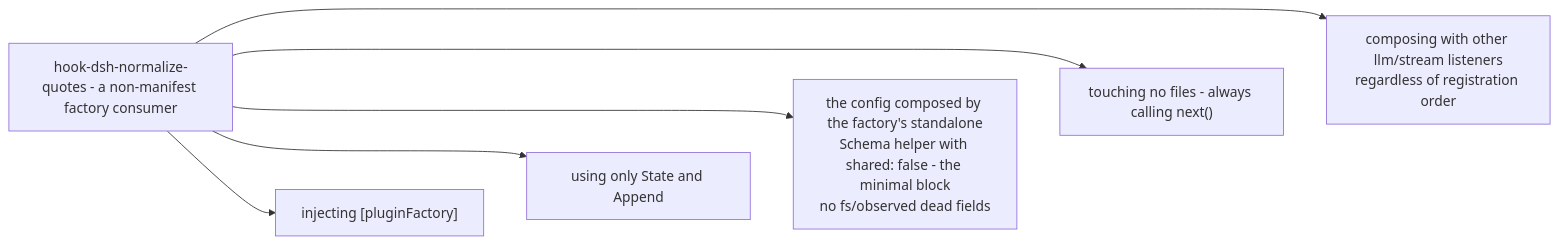
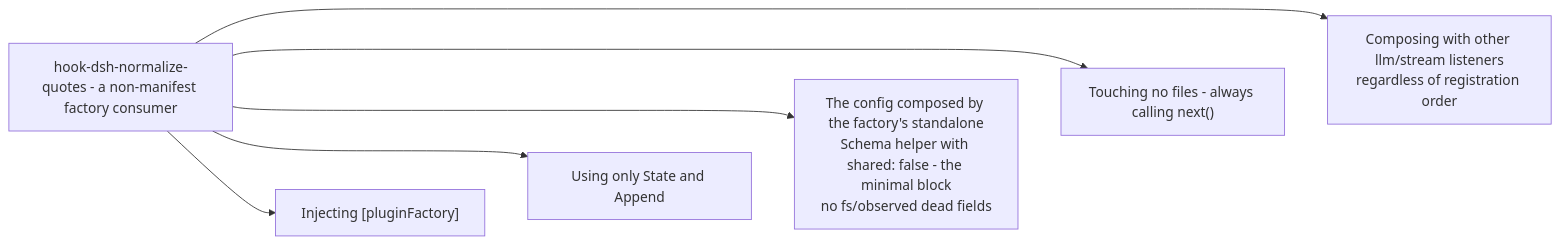
The diagram in Source/Content/Mermaid/quotes-non-manifest.mmd (PlayForm/Site-DeepSeek), drawn with Mermaid before and after one commit. The commit also changed 174 other files, not shown here.

```diff
--- a/Source/Content/Mermaid/quotes-non-manifest.mmd
+++ b/Source/Content/Mermaid/quotes-non-manifest.mmd
@@ -1,17 +1,17 @@
 flowchart LR
 	FLAVOR["hook-dsh-normalize-quotes - a non-manifest factory consumer"]
-	INJ["injecting [pluginFactory]"]
-	USE["using only State and Append"]
-	CONFIG["the config composed by the factory's standalone<br/>Schema helper with shared: false - the minimal block<br/>no fs/observed dead fields"]
-	NO["touching no files - always calling next()"]
-	COMP["composing with other llm/stream listeners<br/>regardless of registration order"]
+	INJ["Injecting [pluginFactory]"]
+	USE["Using only State and Append"]
+	CONFIG["The config composed by the factory's standalone<br/>Schema helper with shared: false - the minimal block<br/>no fs/observed dead fields"]
+	NO["Touching no files - always calling next()"]
+	COMP["Composing with other llm/stream listeners<br/>regardless of registration order"]
 	FLAVOR --> INJ
 	FLAVOR --> USE
 	FLAVOR --> CONFIG
 	FLAVOR --> NO
 	FLAVOR --> COMP
 	%% Invisible layout links only - no semantics.
 	INJ ~~~ USE
 	USE ~~~ CONFIG
 	CONFIG ~~~ NO
 	NO ~~~ COMP
```
